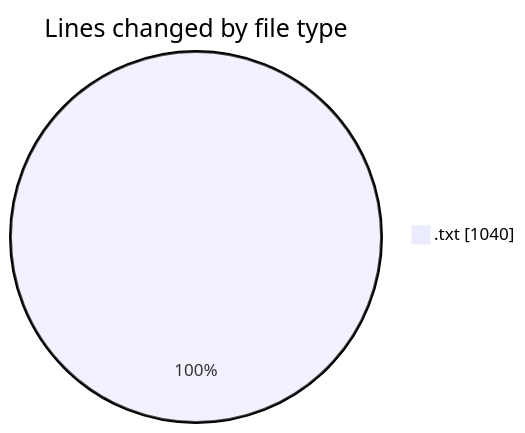
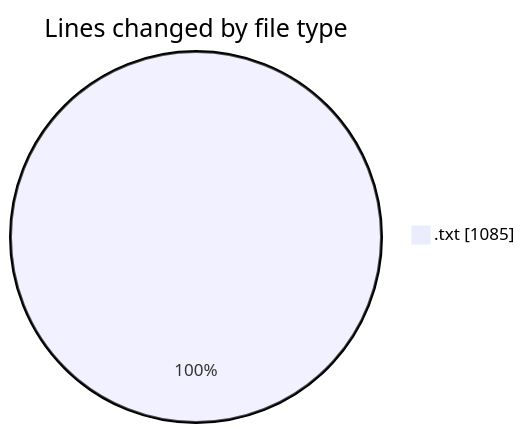
The first of 2 diagrams in 2026-11-23/cilapp/README.md (ricardozamudiocil/code-tracking), drawn with Mermaid before and after one commit. The commit also changed other lines of this file and 1 other file, not shown here.

````diff
--- a/2026-11-23/cilapp/README.md
+++ b/2026-11-23/cilapp/README.md
@@ -20,5 +20,5 @@
 ```mermaid
 pie showData
 title Lines changed by file type
-".txt" : 1040
+".txt" : 1085
 ```
````
